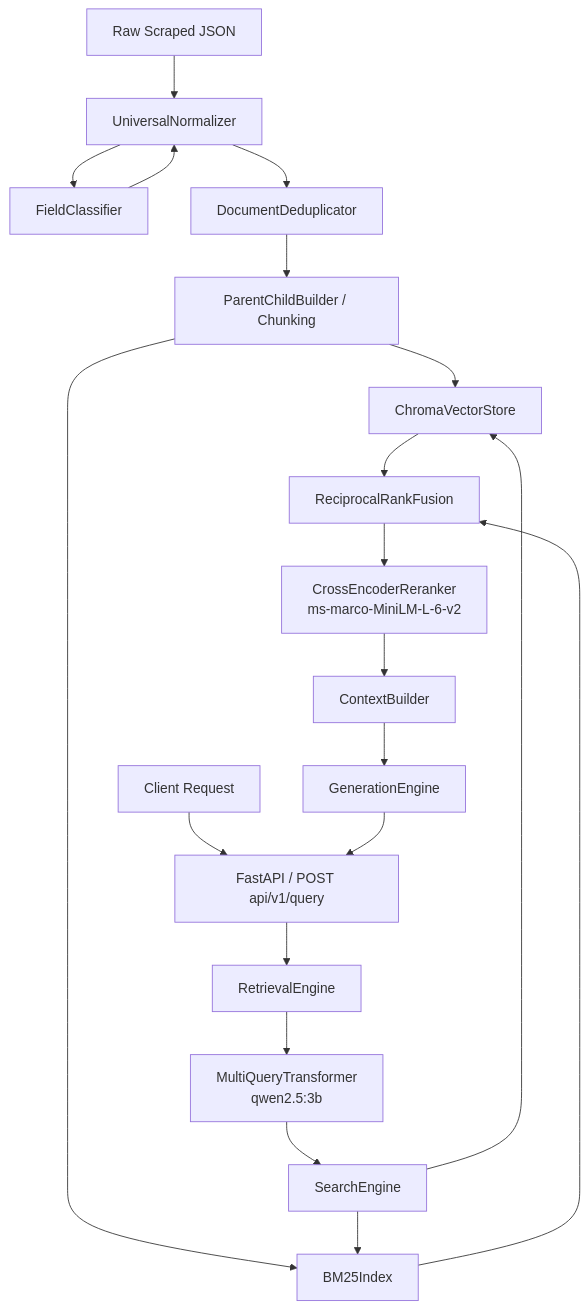
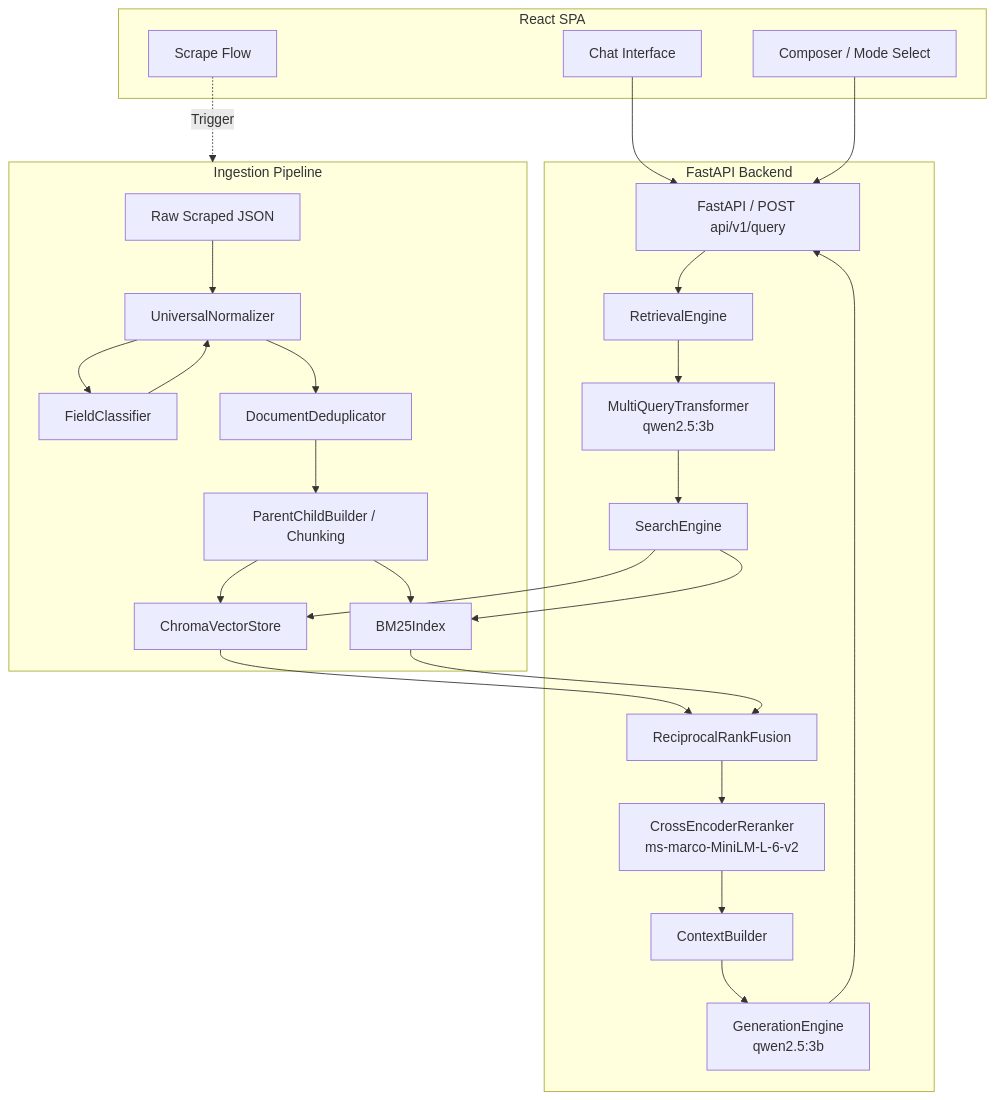
One commit to Phantom1270/Scrapper_BrightData changed the diagram in docs/architecture/overview.md. Above: the diagram before and after it, drawn with Mermaid. The commit also changed other lines of this file and 19 other files, not shown here.

Commit message:
feat: add React frontend and comprehensive documentation for the RAG system architecture and components

````diff
--- a/docs/architecture/overview.md
+++ b/docs/architecture/overview.md
@@ -12,28 +14,51 @@
 ```mermaid
 flowchart TD
-    A[Raw Scraped JSON] --> B[UniversalNormalizer]
-    B --> C[FieldClassifier]
-    C --> B
-    B --> D[DocumentDeduplicator]
-    D --> E[ParentChildBuilder / Chunking]
+    %% Frontend
+    subgraph Frontend [React SPA]
+        UI[Chat Interface]
+        Composer[Composer / Mode Select]
+        ScrapeUI[Scrape Flow]
+    end
+
+    %% Ingestion Pipeline
+    subgraph Ingestion [Ingestion Pipeline]
+        A[Raw Scraped JSON] --> B[UniversalNormalizer]
+        B --> C[FieldClassifier]
+        C --> B
+        B --> D[DocumentDeduplicator]
+        D --> E[ParentChildBuilder / Chunking]
+        E --> F[ChromaVectorStore]
+        E --> G[BM25Index]
+    end
     
-    E --> F[ChromaVectorStore]
-    E --> G[BM25Index]
+    %% Retrieval Pipeline
+    subgraph Backend [FastAPI Backend]
+        API[FastAPI / POST api/v1/query]
+        RE[RetrievalEngine]
+        QT[MultiQueryTransformer<br>qwen2.5:3b]
+        H[SearchEngine]
+        RRF[ReciprocalRankFusion]
+        CE[CrossEncoderReranker<br>ms-marco-MiniLM-L-6-v2]
+        CB[ContextBuilder]
+        LLM[GenerationEngine<br>qwen2.5:3b]
+    end
+
+    %% Data flow
+    UI & Composer --> API
+    ScrapeUI -.->|Trigger| Ingestion
     
-    U[Client Request] --> API[FastAPI / POST api/v1/query]
-    API --> RE[RetrievalEngine]
-    
-    RE --> QT[MultiQueryTransformer<br>qwen2.5:3b]
-    QT --> H[SearchEngine]
+    API --> RE
+    RE --> QT
+    QT --> H
     
     H --> F
     H --> G
     
-    F --> RRF[ReciprocalRankFusion]
+    F --> RRF
     G --> RRF
     
-    RRF --> CE[CrossEncoderReranker<br>ms-marco-MiniLM-L-6-v2]
-    CE --> CB[ContextBuilder]
-    CB --> LLM[GenerationEngine]
+    RRF --> CE
+    CE --> CB
+    CB --> LLM
     LLM --> API
 ```
````
